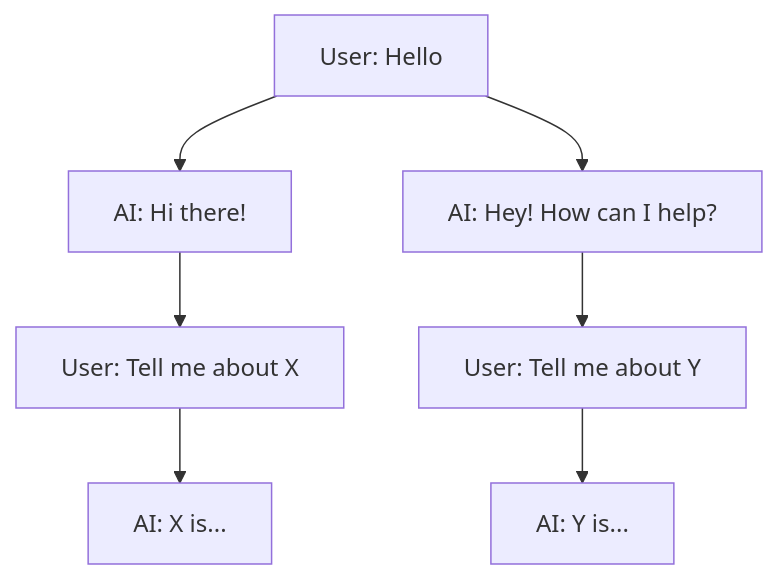
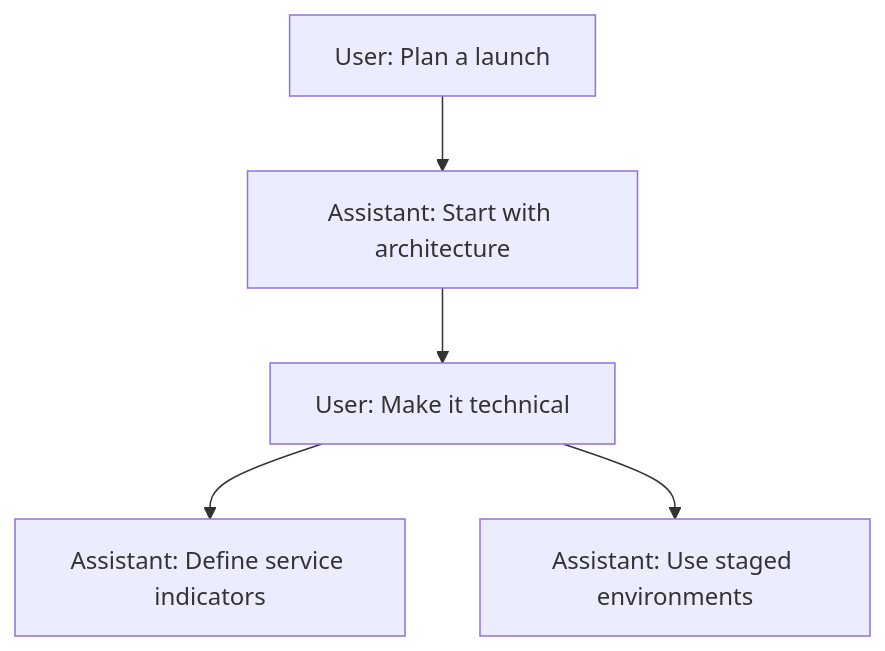
Before and after one commit to warklp/chat-js: the diagram in apps/docs/features/branching.mdx, drawn with Mermaid. The commit also changed other lines of this file and 9 other files, not shown here.

Commit message:
docs(thread): explain integration and architecture

````diff
--- a/apps/docs/features/branching.mdx
+++ b/apps/docs/features/branching.mdx
@@ -31,9 +19,7 @@
 ```mermaid
-graph TD
-    A[User: Hello] --> B[AI: Hi there!]
-    A --> C[AI: Hey! How can I help?]
-    B --> D[User: Tell me about X]
-    C --> E[User: Tell me about Y]
-    D --> F[AI: X is...]
-    E --> G[AI: Y is...]
+flowchart TD
+    U1[User: Plan a launch] --> A1[Assistant: Start with architecture]
+    A1 --> U2[User: Make it technical]
+    U2 --> A2[Assistant: Define service indicators]
+    U2 --> A3[Assistant: Use staged environments]
 ```
````
